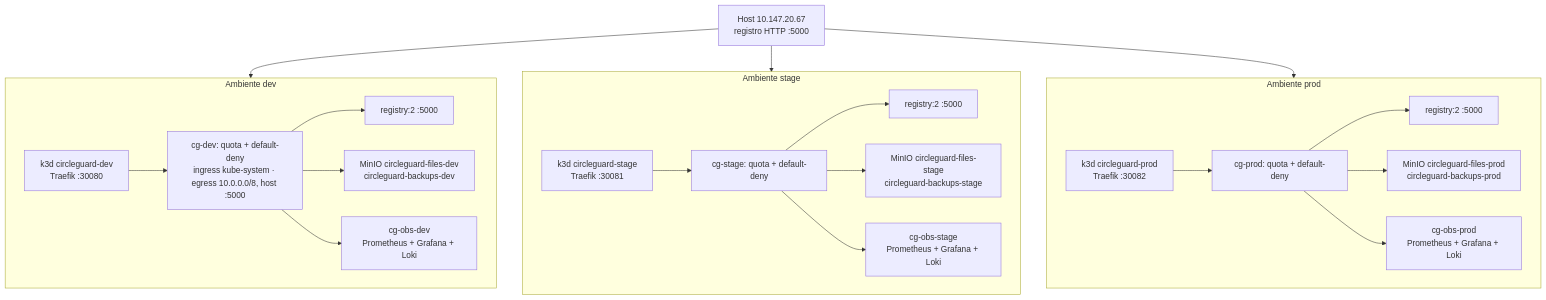
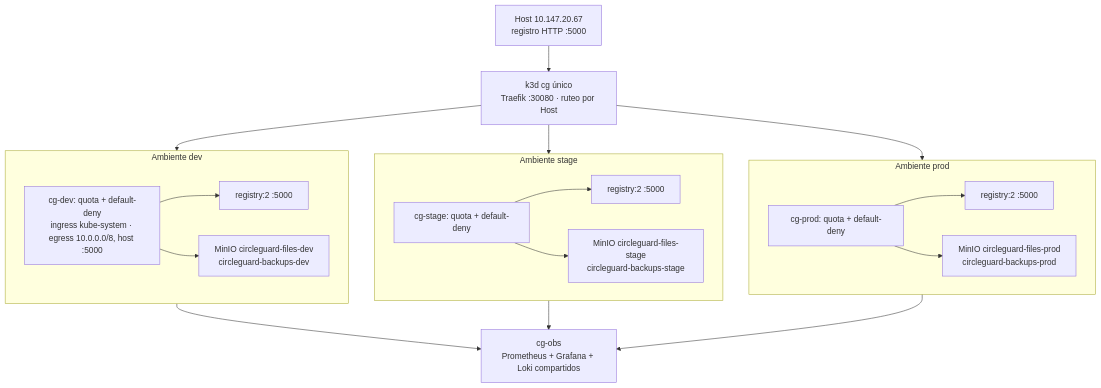
The diagram in docs/diagramas/03-red-y-ambientes.mmd (ingesoft5/circle-guard-finalproject-A00401805-A00405090-A00401428-A00377013), drawn with Mermaid before and after one commit. The commit also changed 14 other files, not shown here.

```diff
--- a/docs/diagramas/03-red-y-ambientes.mmd
+++ b/docs/diagramas/03-red-y-ambientes.mmd
@@ -1,37 +1,38 @@
 flowchart TB
+  HOST["Host 10.147.20.67<br/>registro HTTP :5000"]
+  CLUSTER["k3d cg único<br/>Traefik :30080 · ruteo por Host"]
+
+  HOST --> CLUSTER
+
   subgraph DEV["Ambiente dev"]
-    C1["k3d circleguard-dev<br/>Traefik :30080"]
     N1["cg-dev: quota + default-deny<br/>ingress kube-system · egress 10.0.0.0/8, host :5000"]
     R1["registry:2 :5000"]
     M1["MinIO circleguard-files-dev<br/>circleguard-backups-dev"]
-    O1["cg-obs-dev<br/>Prometheus + Grafana + Loki"]
-    C1 --> N1 --> R1
+    N1 --> R1
     N1 --> M1
-    N1 --> O1
   end
 
   subgraph STAGE["Ambiente stage"]
-    C2["k3d circleguard-stage<br/>Traefik :30081"]
     N2["cg-stage: quota + default-deny"]
     R2["registry:2 :5000"]
     M2["MinIO circleguard-files-stage<br/>circleguard-backups-stage"]
-    O2["cg-obs-stage<br/>Prometheus + Grafana + Loki"]
-    C2 --> N2 --> R2
+    N2 --> R2
     N2 --> M2
-    N2 --> O2
   end
 
   subgraph PROD["Ambiente prod"]
-    C3["k3d circleguard-prod<br/>Traefik :30082"]
     N3["cg-prod: quota + default-deny"]
     R3["registry:2 :5000"]
     M3["MinIO circleguard-files-prod<br/>circleguard-backups-prod"]
-    O3["cg-obs-prod<br/>Prometheus + Grafana + Loki"]
-    C3 --> N3 --> R3
+    N3 --> R3
     N3 --> M3
-    N3 --> O3
   end
 
-  HOST["Host 10.147.20.67<br/>registro HTTP :5000"] --> DEV
-  HOST --> STAGE
-  HOST --> PROD
+  OBS["cg-obs<br/>Prometheus + Grafana + Loki compartidos"]
+
+  CLUSTER --> DEV
+  CLUSTER --> STAGE
+  CLUSTER --> PROD
+  DEV --> OBS
+  STAGE --> OBS
+  PROD --> OBS
```
